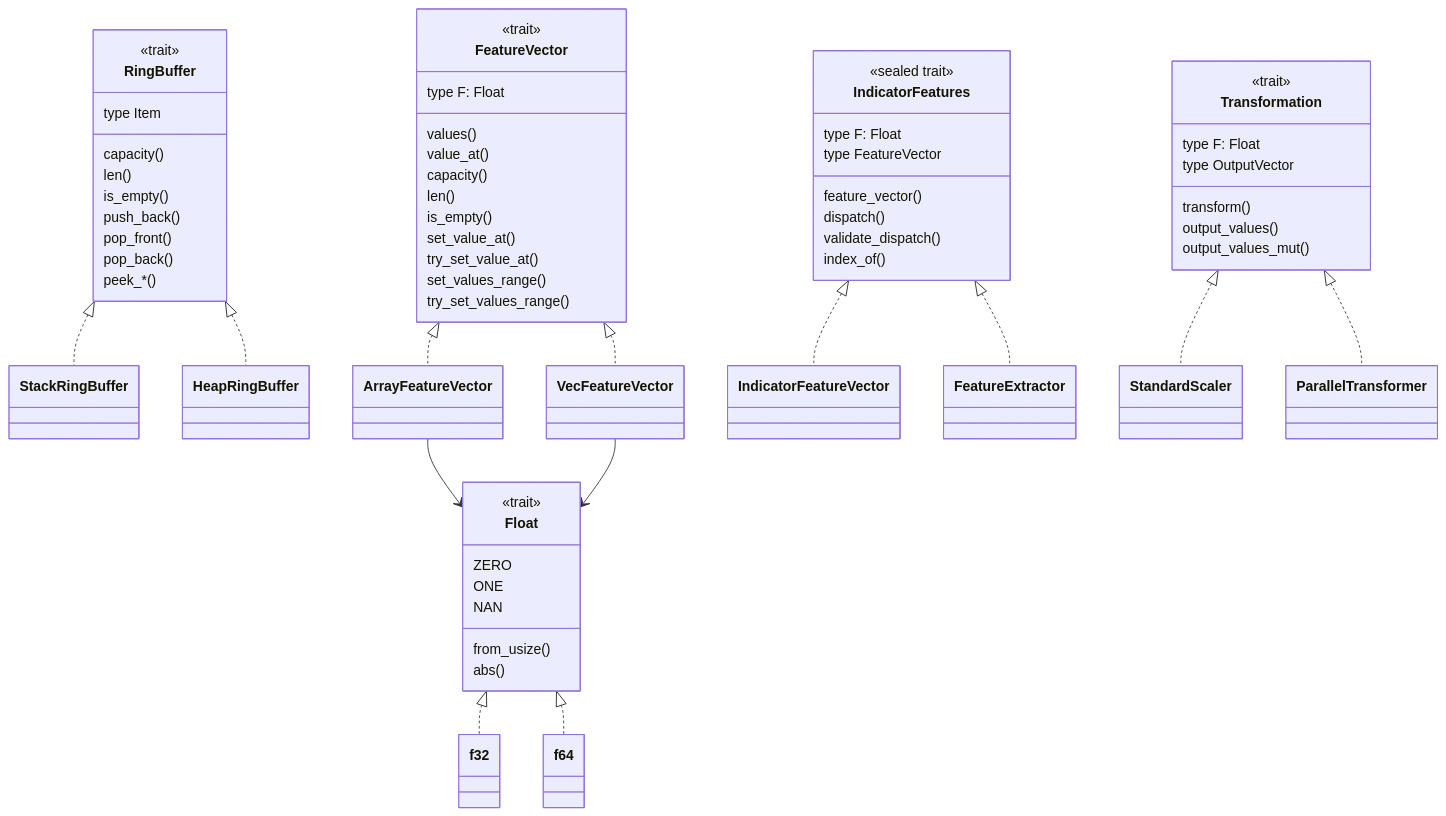
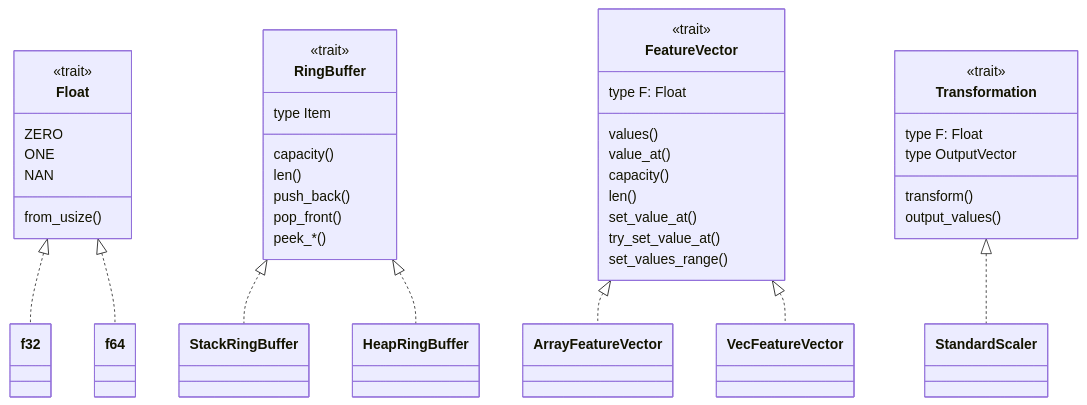
Before and after one commit to pbezglasny/fiml: the second of 7 diagrams in docs/project-schema.md, drawn with Mermaid. The commit also changed other lines of this file and 28 other files, not shown here.

````diff
--- a/docs/project-schema.md
+++ b/docs/project-schema.md
@@ -56,78 +49,47 @@
 ```mermaid
 classDiagram
     class Float {
         <<trait>>
         ZERO
         ONE
         NAN
         from_usize()
-        abs()
     }
-    class f32
-    class f64
     Float <|.. f32
     Float <|.. f64
 
     class RingBuffer {
         <<trait>>
         type Item
         capacity()
         len()
-        is_empty()
         push_back()
         pop_front()
-        pop_back()
         peek_*()
     }
-    class StackRingBuffer
-    class HeapRingBuffer
     RingBuffer <|.. StackRingBuffer
     RingBuffer <|.. HeapRingBuffer
 
     class FeatureVector {
         <<trait>>
         type F: Float
         values()
         value_at()
         capacity()
         len()
-        is_empty()
         set_value_at()
         try_set_value_at()
         set_values_range()
-        try_set_values_range()
     }
-    class ArrayFeatureVector
-    class VecFeatureVector
     FeatureVector <|.. ArrayFeatureVector
     FeatureVector <|.. VecFeatureVector
-    ArrayFeatureVector --> Float
-    VecFeatureVector --> Float
-
-    class IndicatorFeatures {
-        <<sealed trait>>
-        type F: Float
-        type FeatureVector
-        feature_vector()
-        dispatch()
-        validate_dispatch()
-        index_of()
-    }
-    class IndicatorFeatureVector
-    class FeatureExtractor
-    IndicatorFeatures <|.. IndicatorFeatureVector
-    IndicatorFeatures <|.. FeatureExtractor
 
     class Transformation {
         <<trait>>
         type F: Float
         type OutputVector
         transform()
         output_values()
-        output_values_mut()
     }
-    class StandardScaler
-    class ParallelTransformer
     Transformation <|.. StandardScaler
-    Transformation <|.. ParallelTransformer
 ```
````
